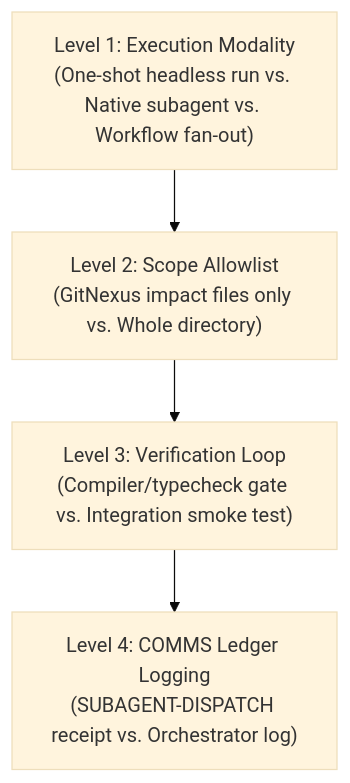
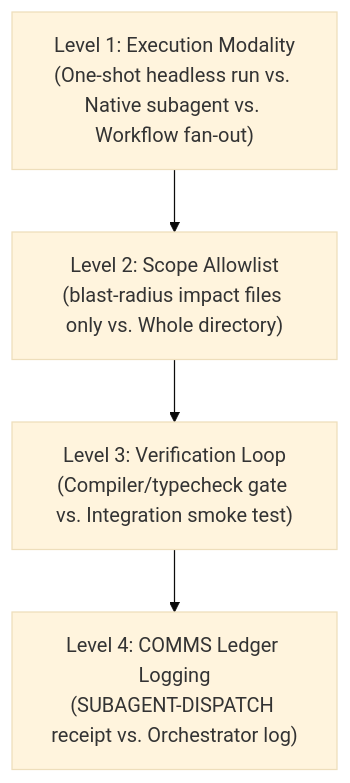
One commit to nbiish/ainish-coder changed the fifth of 5 diagrams in .agents/skills/question-me/references/decision-tree-templates.md. Above: the diagram before and after it, drawn with Mermaid (base theme). The commit also changed 29 other files, not shown here.

Commit message:
cutover: dated {date}-memory.txt + {date}-suggestions.txt; strip GitNexus and memory-MCP doctrine

````diff
--- a/.agents/skills/question-me/references/decision-tree-templates.md
+++ b/.agents/skills/question-me/references/decision-tree-templates.md
@@ -99,7 +99,7 @@
 ```mermaid
 graph TD
     A["Level 1: Execution Modality<br>(One-shot headless run vs. Native subagent vs. Workflow fan-out)"]
-    A --> B["Level 2: Scope Allowlist<br>(GitNexus impact files only vs. Whole directory)"]
+    A --> B["Level 2: Scope Allowlist<br>(blast-radius impact files only vs. Whole directory)"]
     B --> C["Level 3: Verification Loop<br>(Compiler/typecheck gate vs. Integration smoke test)"]
     C --> D["Level 4: COMMS Ledger Logging<br>(SUBAGENT-DISPATCH receipt vs. Orchestrator log)"]
 ```
````
